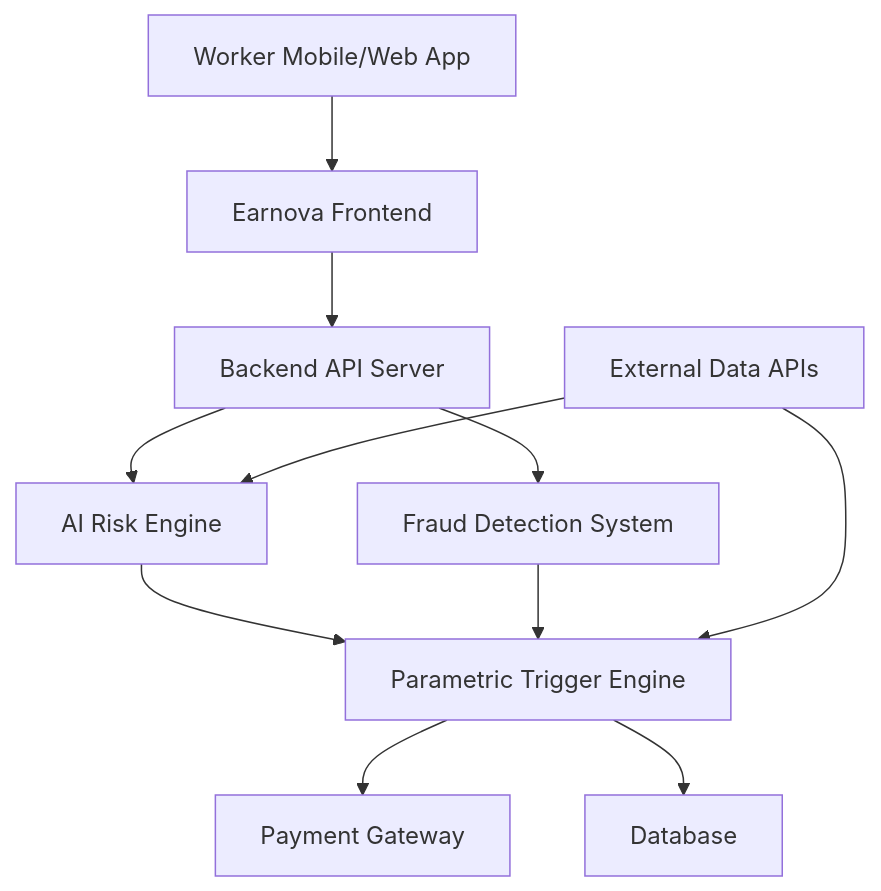
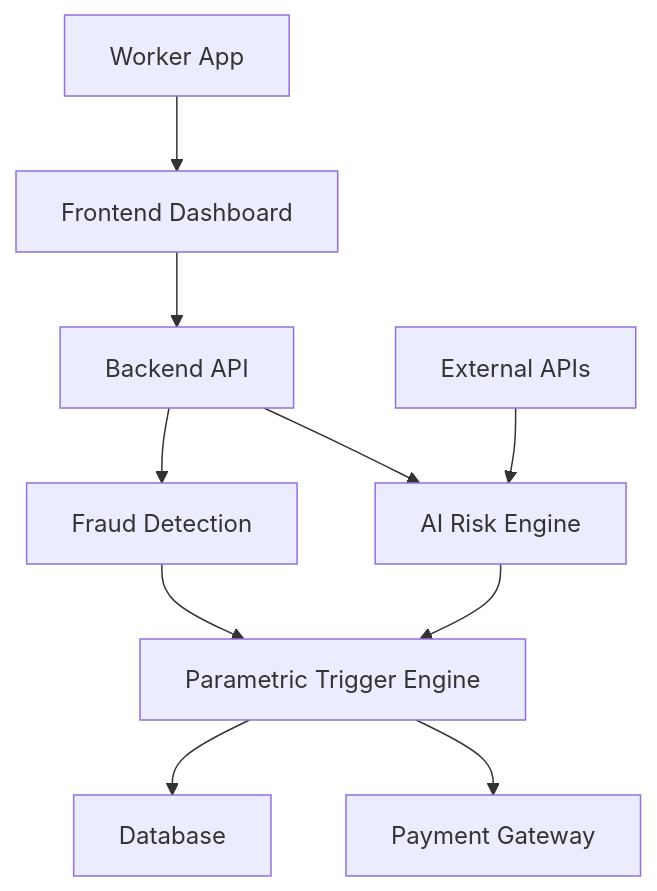
Before and after one commit to Arnav301/Guidewire: the first of 2 diagrams in Readme.md, drawn with Mermaid. The commit also changed other lines of this file, not shown here.

````diff
--- a/Readme.md
+++ b/Readme.md
@@ -79,25 +75,23 @@
 ```mermaid
 flowchart TD
 
-A[Worker Mobile/Web App]
-B[Earnova Frontend]
-C[Backend API Server]
+A[Worker App]
+B[Frontend Dashboard]
+C[Backend API]
 D[AI Risk Engine]
 E[Parametric Trigger Engine]
-F[Fraud Detection System]
-G[External Data APIs]
+F[Fraud Detection]
+G[External APIs]
 H[Payment Gateway]
 I[Database]
 
 A --> B
 B --> C
 C --> D
 C --> F
 D --> E
 F --> E
 E --> H
 E --> I
-
 G --> D
-G --> E
 ```
````
